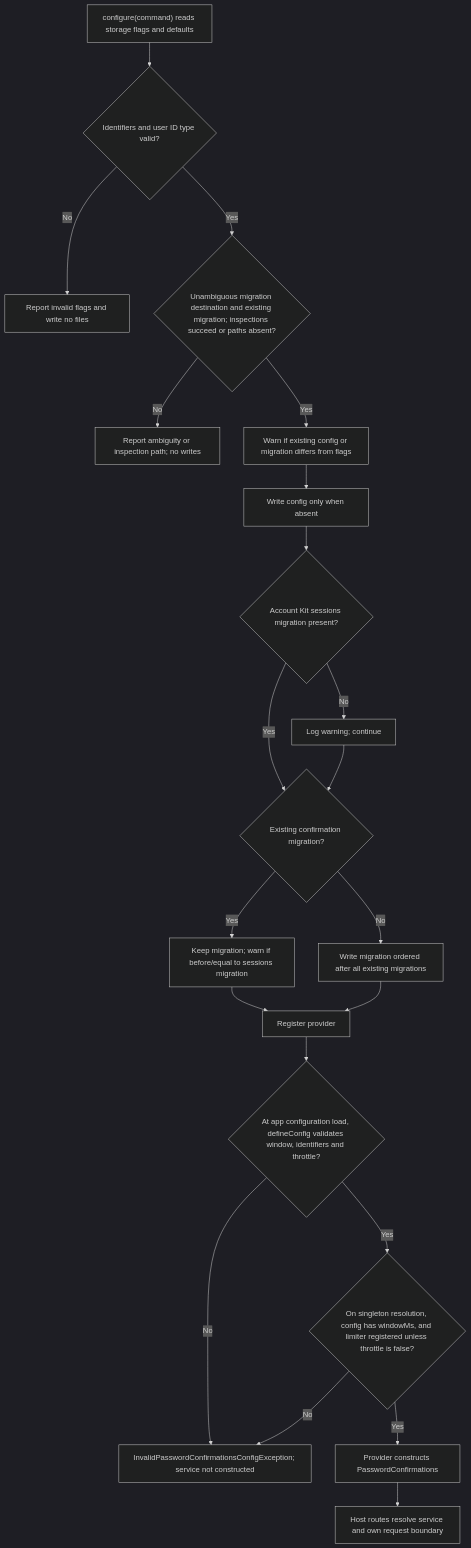
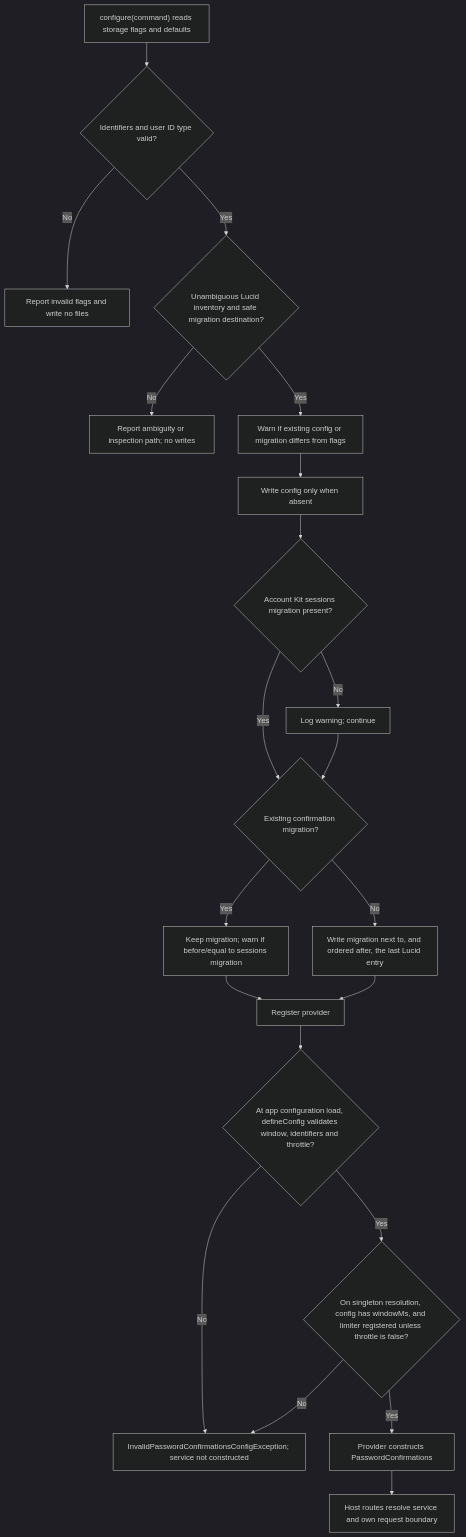
The second of 2 diagrams in user-stories/US-CONFIRM-04-configure-confirmations.md (Kevinjohn/oss-adonisjs-confirm-action-with-password), drawn with Mermaid (dark theme) before and after one commit. The commit also changed other lines of this file and 3 other files, not shown here.

Commit message:
Use Lucid discovery for password confirmation migrations

````diff
--- a/user-stories/US-CONFIRM-04-configure-confirmations.md
+++ b/user-stories/US-CONFIRM-04-configure-confirmations.md
@@ -58,23 +58,23 @@
 ```mermaid
 flowchart TD
     A["configure(command) reads storage flags and defaults"] --> B{"Identifiers and user ID type valid?"}
     B -->|No| C["Report invalid flags and write no files"]
-    B -->|Yes| R{"Unambiguous migration destination and existing migration; inspections succeed or paths absent?"}
+    B -->|Yes| R{"Unambiguous Lucid inventory and safe migration destination?"}
     R -->|No| R2["Report ambiguity or inspection path; no writes"]
     R -->|Yes| W["Warn if existing config or migration differs from flags"]
     W --> D["Write config only when absent"]
     D --> B2{"Account Kit sessions migration present?"}
     B2 -->|No| B3["Log warning; continue"]
     B2 -->|Yes| N{"Existing confirmation migration?"}
     B3 --> N
     N -->|Yes| P["Keep migration; warn if before/equal to sessions migration"]
-    N -->|No| M["Write migration ordered after all existing migrations"]
+    N -->|No| M["Write migration next to, and ordered after, the last Lucid entry"]
     P --> E
     M --> E["Register provider"]
     E --> F{"At app configuration load, defineConfig validates window, identifiers and throttle?"}
     F -->|No| G2
     F -->|Yes| G{"On singleton resolution, config has windowMs, and limiter registered unless throttle is false?"}
     G -->|No| G2["InvalidPasswordConfirmationsConfigException; service not constructed"]
     G -->|Yes| G3["Provider constructs PasswordConfirmations"]
     G3 --> H["Host routes resolve service and own request boundary"]
 ```
````
